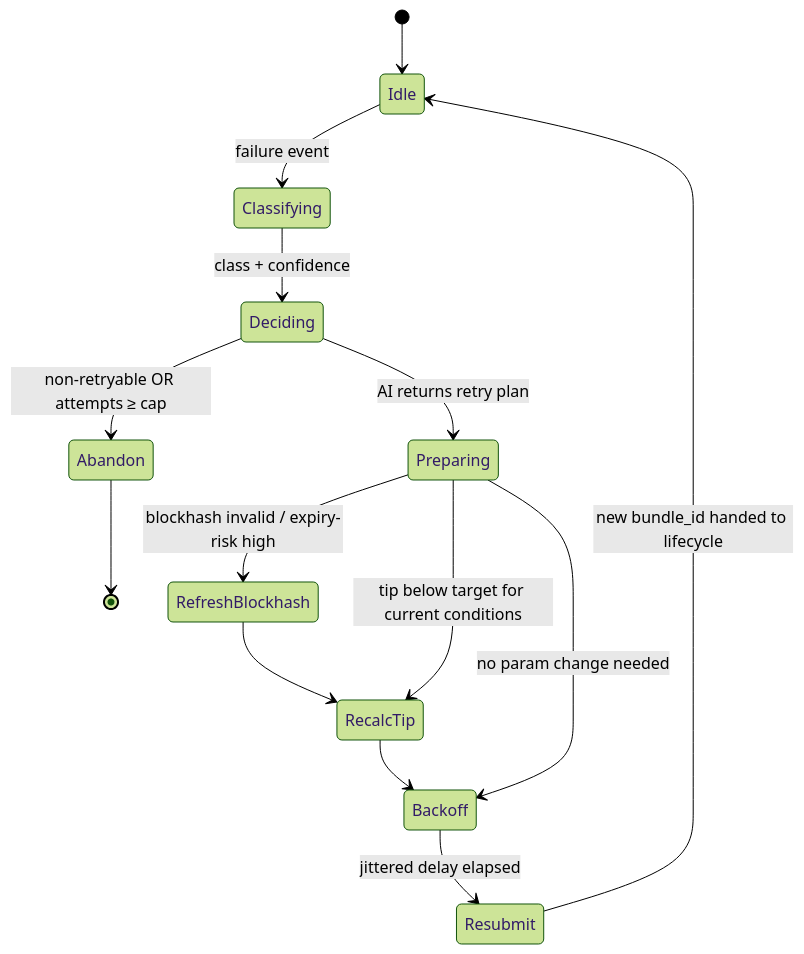
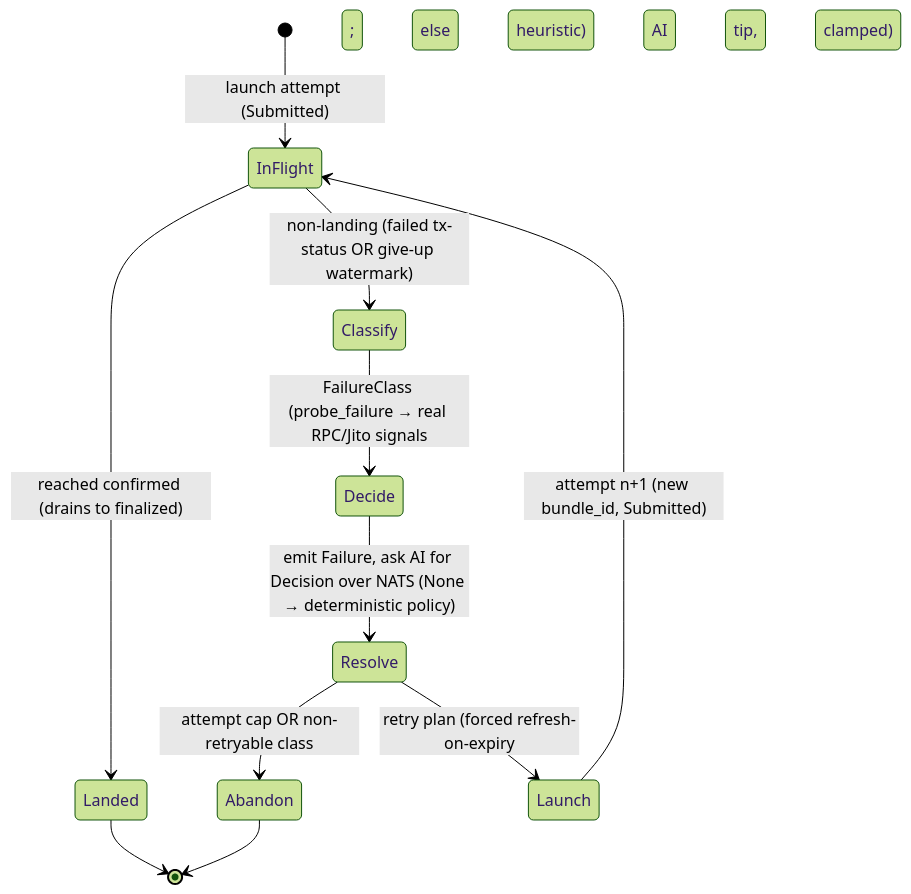
One commit to Blessedbiello/PrometheonOS changed the third of 5 diagrams in docs/DIAGRAMS.md. Above: the diagram before and after it, drawn with Mermaid (forest theme). The commit also changed other lines of this file and 17 other files, not shown here.

````diff
--- a/docs/DIAGRAMS.md
+++ b/docs/DIAGRAMS.md
@@ -102,16 +116,14 @@
 ```mermaid
 stateDiagram-v2
-  [*] --> Idle
-  Idle --> Classifying: failure event
-  Classifying --> Deciding: class + confidence
-  Deciding --> Abandon: non-retryable OR attempts ≥ cap
-  Deciding --> Preparing: AI returns retry plan
-  Preparing --> RefreshBlockhash: blockhash invalid / expiry-risk high
-  Preparing --> RecalcTip: tip below target for current conditions
-  RefreshBlockhash --> RecalcTip
-  RecalcTip --> Backoff
-  Preparing --> Backoff: no param change needed
-  Backoff --> Resubmit: jittered delay elapsed
-  Resubmit --> Idle: new bundle_id handed to lifecycle
+  [*] --> InFlight: launch attempt (Submitted)
+  InFlight --> Landed: reached confirmed (drains to finalized)
+  Landed --> [*]
+
+  InFlight --> Classify: non-landing (failed tx-status OR give-up watermark)
+  Classify --> Decide: FailureClass (probe_failure → real RPC/Jito signals; else heuristic)
+  Decide --> Resolve: emit Failure, ask AI for Decision over NATS (None → deterministic policy)
+  Resolve --> Abandon: attempt cap OR non-retryable class
+  Resolve --> Launch: retry plan (forced refresh-on-expiry; AI tip, clamped)
+  Launch --> InFlight: attempt n+1 (new bundle_id, Submitted)
   Abandon --> [*]
 ```
````
